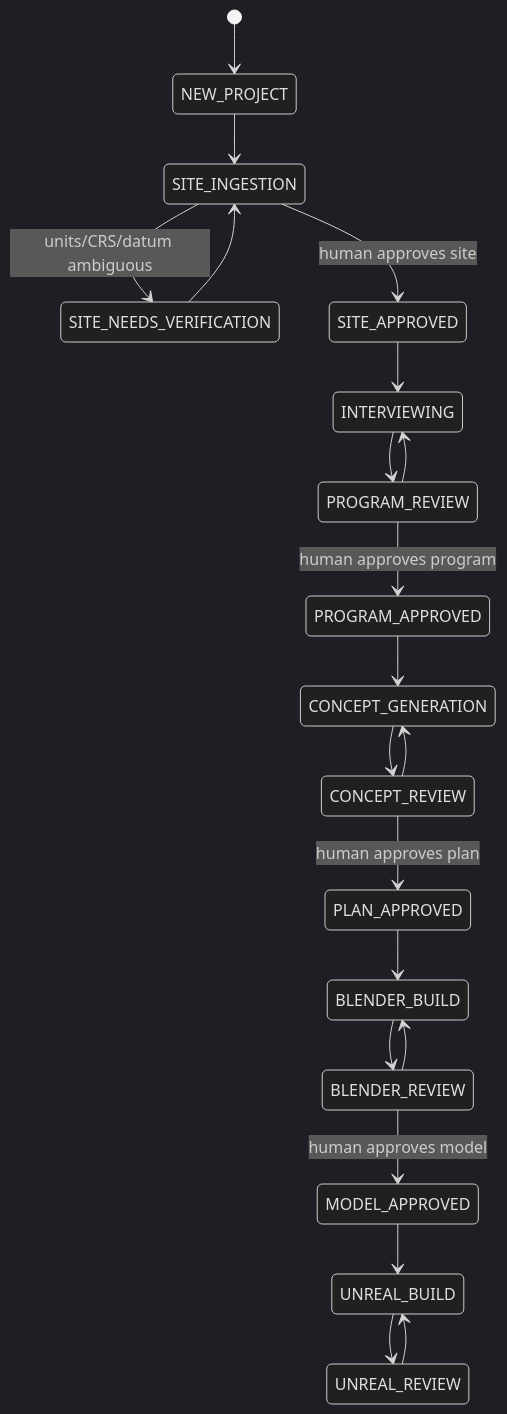
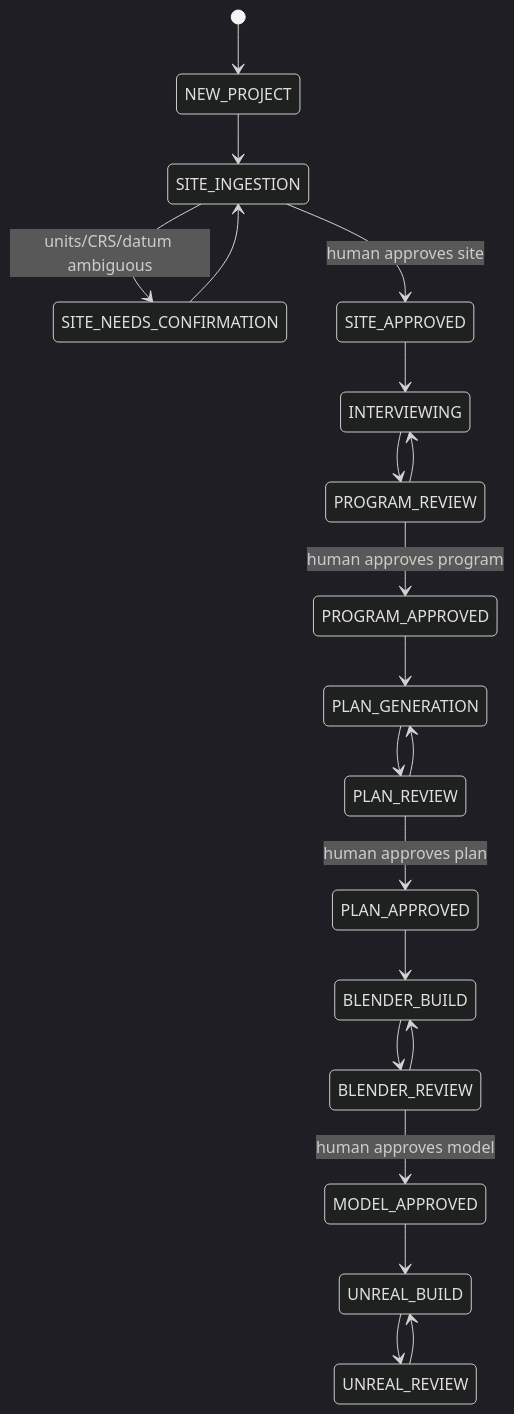
Before and after one commit to eqaderi/house-plans: the diagram in docs/ARCHITECTURE.md, drawn with Mermaid (dark theme). The commit also changed other lines of this file and 198 other files, not shown here.

````diff
--- a/docs/ARCHITECTURE.md
+++ b/docs/ARCHITECTURE.md
@@ -115,23 +115,23 @@
 ```mermaid
 stateDiagram-v2
     [*] --> NEW_PROJECT
     NEW_PROJECT --> SITE_INGESTION
-    SITE_INGESTION --> SITE_NEEDS_VERIFICATION: units/CRS/datum ambiguous
-    SITE_NEEDS_VERIFICATION --> SITE_INGESTION
+    SITE_INGESTION --> SITE_NEEDS_CONFIRMATION: units/CRS/datum ambiguous
+    SITE_NEEDS_CONFIRMATION --> SITE_INGESTION
     SITE_INGESTION --> SITE_APPROVED: human approves site
     SITE_APPROVED --> INTERVIEWING
     INTERVIEWING --> PROGRAM_REVIEW
     PROGRAM_REVIEW --> INTERVIEWING
     PROGRAM_REVIEW --> PROGRAM_APPROVED: human approves program
-    PROGRAM_APPROVED --> CONCEPT_GENERATION
-    CONCEPT_GENERATION --> CONCEPT_REVIEW
-    CONCEPT_REVIEW --> CONCEPT_GENERATION
-    CONCEPT_REVIEW --> PLAN_APPROVED: human approves plan
+    PROGRAM_APPROVED --> PLAN_GENERATION
+    PLAN_GENERATION --> PLAN_REVIEW
+    PLAN_REVIEW --> PLAN_GENERATION
+    PLAN_REVIEW --> PLAN_APPROVED: human approves plan
     PLAN_APPROVED --> BLENDER_BUILD
     BLENDER_BUILD --> BLENDER_REVIEW
     BLENDER_REVIEW --> BLENDER_BUILD
     BLENDER_REVIEW --> MODEL_APPROVED: human approves model
     MODEL_APPROVED --> UNREAL_BUILD
     UNREAL_BUILD --> UNREAL_REVIEW
     UNREAL_REVIEW --> UNREAL_BUILD
 ```
````
